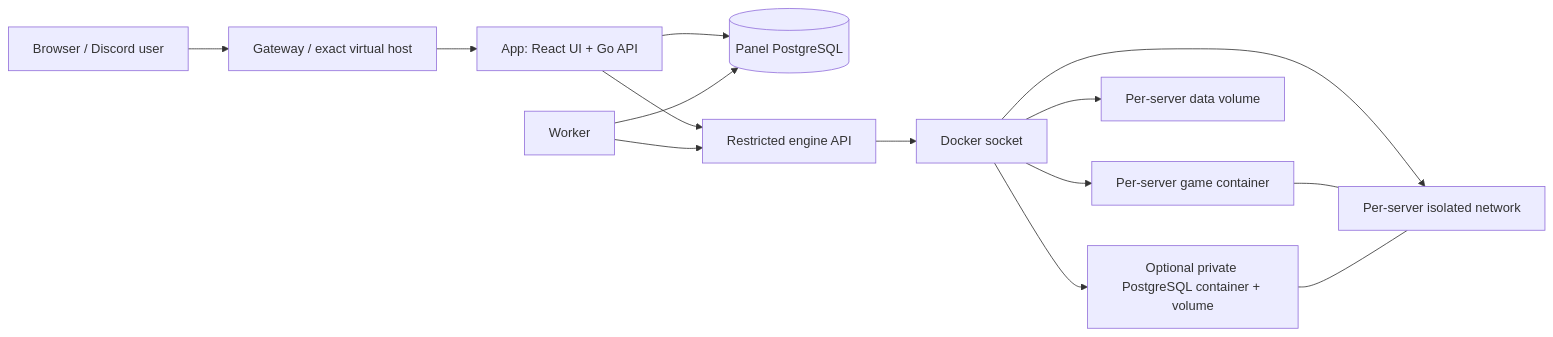
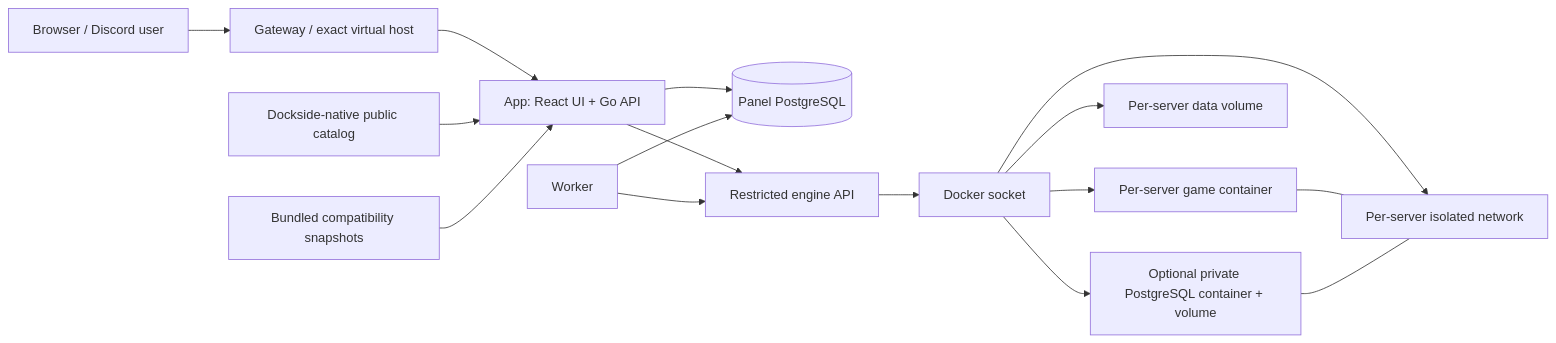
Before and after one commit to Dockside-GG/game-panel: the diagram in docs/ARCHITECTURE.md, drawn with Mermaid. The commit also changed other lines of this file and 81 other files, not shown here.

````diff
--- a/docs/ARCHITECTURE.md
+++ b/docs/ARCHITECTURE.md
@@ -16,16 +19,18 @@
 ```mermaid
 flowchart LR
     U["Browser / Discord user"] --> G["Gateway / exact virtual host"]
     G --> A["App: React UI + Go API"]
+    C["Dockside-native public catalog"] --> A
+    O["Bundled compatibility snapshots"] --> A
     A --> P[("Panel PostgreSQL")]
     W["Worker"] --> P
     A --> E["Restricted engine API"]
     W --> E
     E --> D["Docker socket"]
     D --> S["Per-server game container"]
     D --> N["Per-server isolated network"]
     D --> V["Per-server data volume"]
     D --> B["Optional private PostgreSQL container + volume"]
     S --- N
     B --- N
 ```
````
